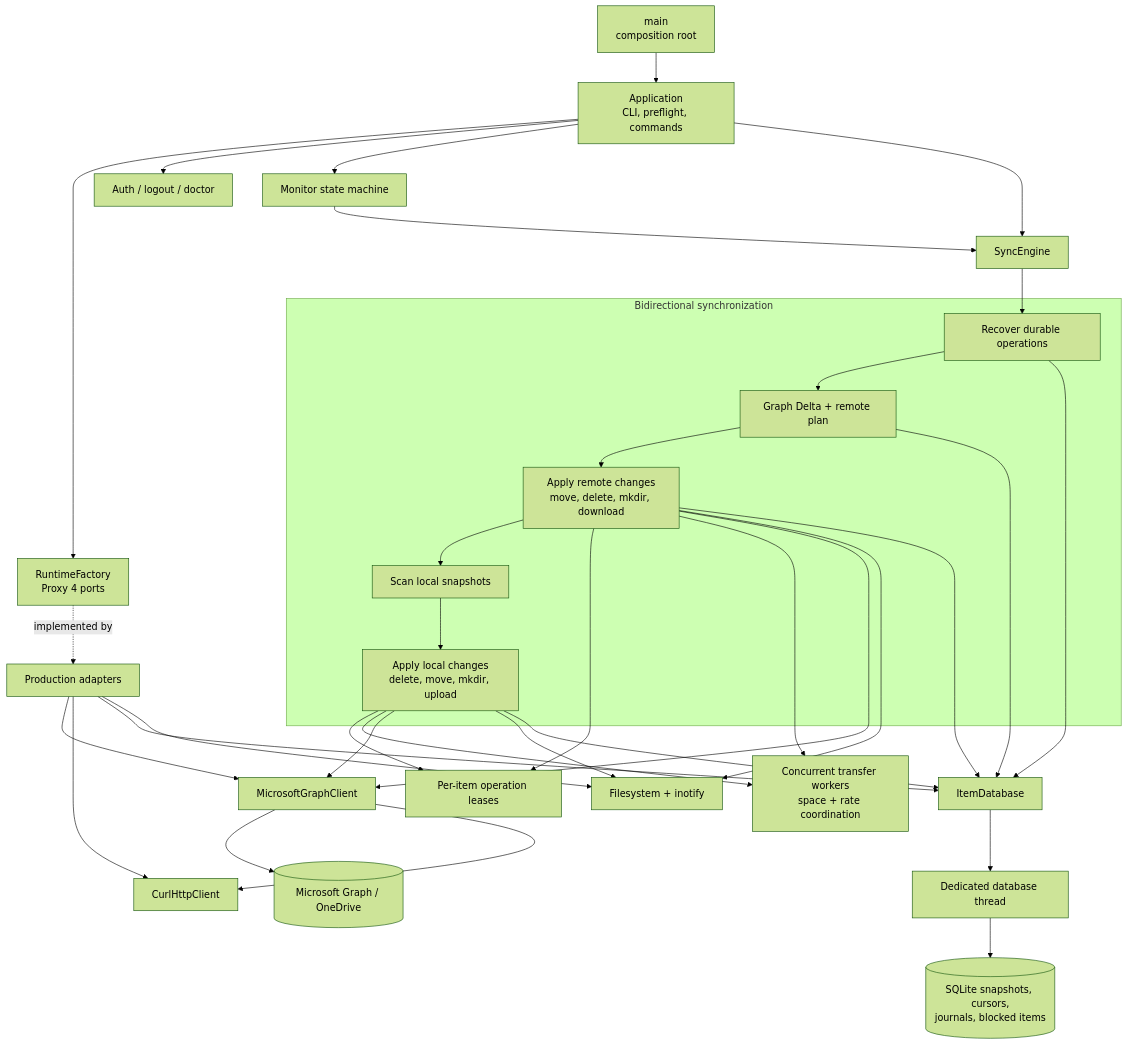
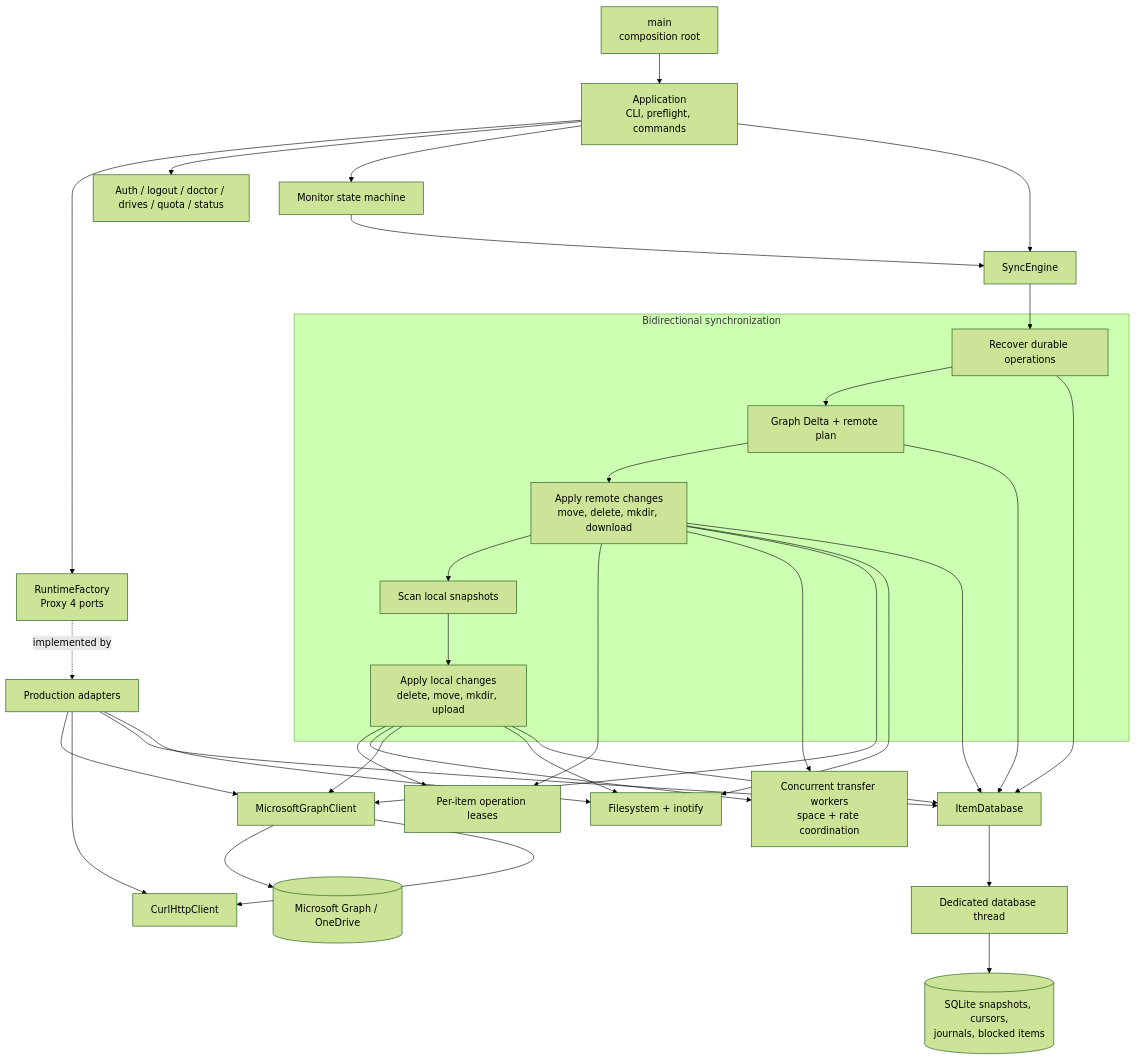
Before and after one commit to cloudfyy/onedrivecpp: the diagram in docs/architecture.md, drawn with Mermaid (forest theme). The commit also changed 30 other files, not shown here.

````diff
--- a/docs/architecture.md
+++ b/docs/architecture.md
@@ -5,43 +5,43 @@
 ```mermaid
 flowchart TB
     main["main<br/>composition root"] --> app["Application<br/>CLI, preflight, commands"]
     app --> runtime["RuntimeFactory<br/>Proxy 4 ports"]
     runtime -. implemented by .-> adapters["Production adapters"]
 
-    app --> auth["Auth / logout / doctor"]
+    app --> auth["Auth / logout / doctor / drives / quota / status"]
     app --> monitor["Monitor state machine"]
     app --> engine["SyncEngine"]
 
     subgraph sync["Bidirectional synchronization"]
         recover["Recover durable operations"]
         delta["Graph Delta + remote plan"]
         remote["Apply remote changes<br/>move, delete, mkdir, download"]
         scan["Scan local snapshots"]
         local["Apply local changes<br/>delete, move, mkdir, upload"]
         recover --> delta --> remote --> scan --> local
     end
 
     engine --> recover
     monitor --> engine
     remote --> leases["Per-item operation leases"]
     local --> leases
     remote --> transfers["Concurrent transfer workers<br/>space + rate coordination"]
     local --> transfers
 
     adapters --> graph_client["MicrosoftGraphClient"]
     adapters --> http["CurlHttpClient"]
     adapters --> store["ItemDatabase"]
     adapters --> files["Filesystem + inotify"]
     graph_client --> cloud[("Microsoft Graph / OneDrive")]
     graph_client --> http
     remote --> graph_client
     local --> graph_client
     remote --> files
     local --> files
     recover --> store
     delta --> store
     remote --> store
     local --> store
     store --> db_thread["Dedicated database thread"]
     db_thread --> sqlite[("SQLite snapshots, cursors,<br/>journals, blocked items")]
 ```
````
